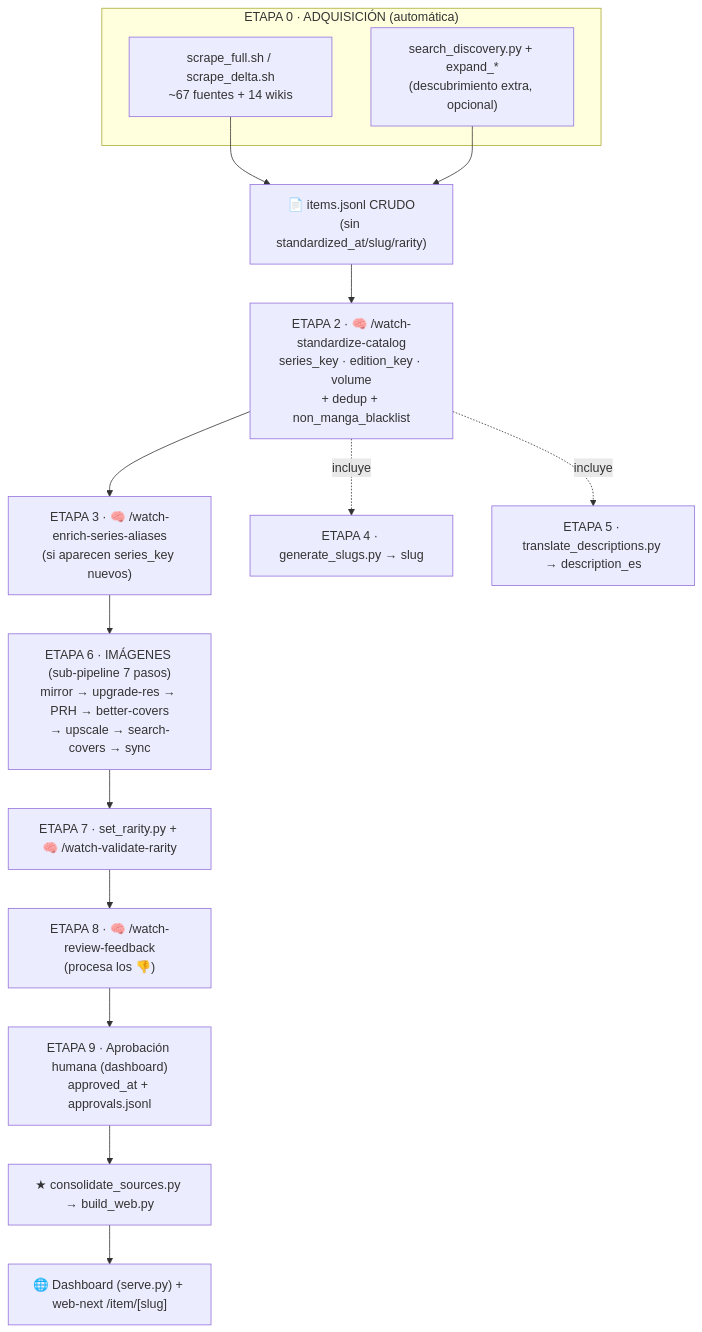
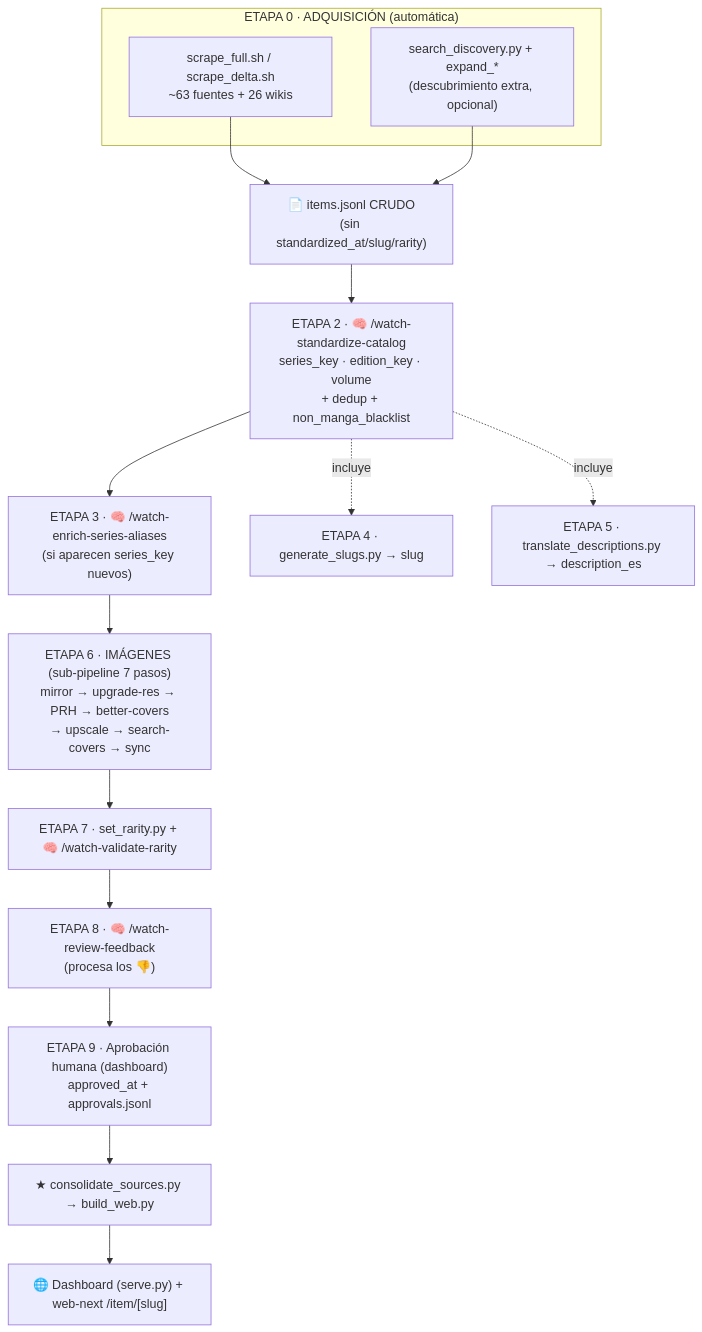
Before and after one commit to MineiToshio/PandaWatch: the second of 6 diagrams in docs/scraper/PIPELINE-WALKTHROUGH.md, drawn with Mermaid. The commit also changed other lines of this file and 51 other files, not shown here.

````diff
--- a/docs/scraper/PIPELINE-WALKTHROUGH.md
+++ b/docs/scraper/PIPELINE-WALKTHROUGH.md
@@ -118,24 +118,24 @@
 ```mermaid
 flowchart TD
     subgraph E0["ETAPA 0 · ADQUISICIÓN (automática)"]
-        SCRAPE["scrape_full.sh / scrape_delta.sh<br/>~67 fuentes + 14 wikis"]
+        SCRAPE["scrape_full.sh / scrape_delta.sh<br/>~63 fuentes + 26 wikis"]
         DISC["search_discovery.py + expand_*<br/>(descubrimiento extra, opcional)"]
     end
     SCRAPE --> RAW
     DISC --> RAW
     RAW["📄 items.jsonl CRUDO<br/>(sin standardized_at/slug/rarity)"]
 
     RAW --> E2["ETAPA 2 · 🧠 /watch-standardize-catalog<br/>series_key · edition_key · volume<br/>+ dedup + non_manga_blacklist"]
     E2 --> E3["ETAPA 3 · 🧠 /watch-enrich-series-aliases<br/>(si aparecen series_key nuevos)"]
     E2 -.incluye.-> E4["ETAPA 4 · generate_slugs.py → slug"]
     E2 -.incluye.-> E5["ETAPA 5 · translate_descriptions.py → description_es"]
 
     E3 --> E6
     E6["ETAPA 6 · IMÁGENES (sub-pipeline 7 pasos)<br/>mirror → upgrade-res → PRH → better-covers<br/>→ upscale → search-covers → sync"]
     E6 --> E7["ETAPA 7 · set_rarity.py + 🧠 /watch-validate-rarity"]
     E7 --> E8["ETAPA 8 · 🧠 /watch-review-feedback<br/>(procesa los 👎)"]
     E8 --> E9["ETAPA 9 · Aprobación humana (dashboard)<br/>approved_at + approvals.jsonl"]
 
     E9 --> BUILD["★ consolidate_sources.py → build_web.py"]
     BUILD --> PUB["🌐 Dashboard (serve.py) + web-next /item/[slug]"]
 ```
````
